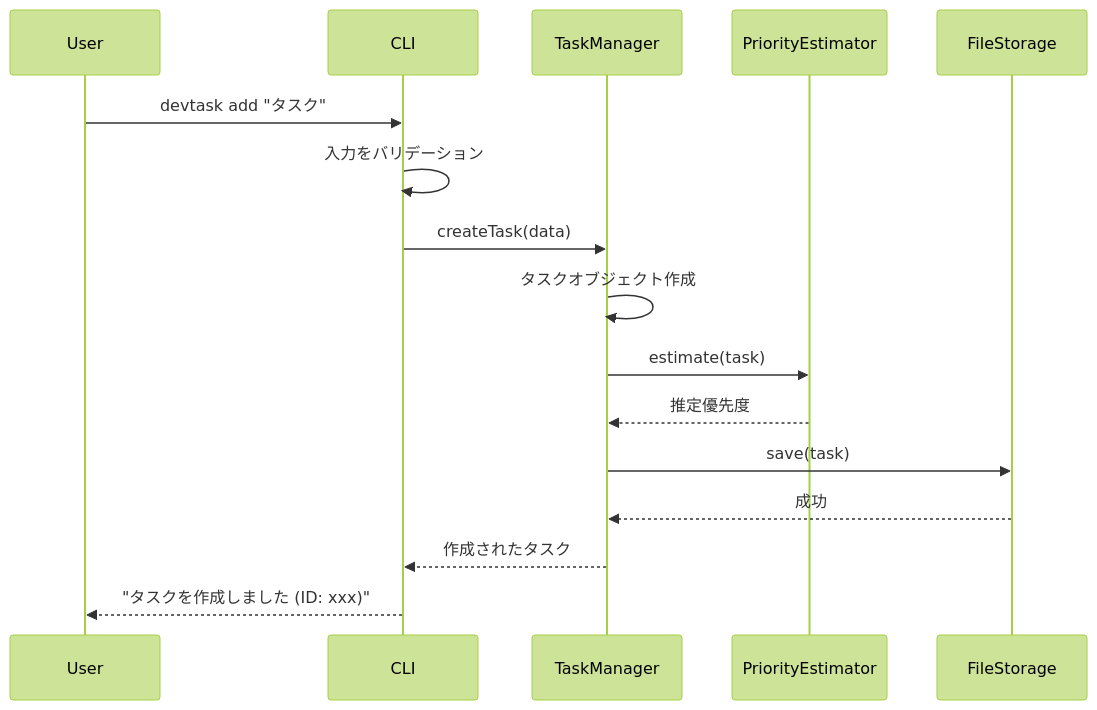
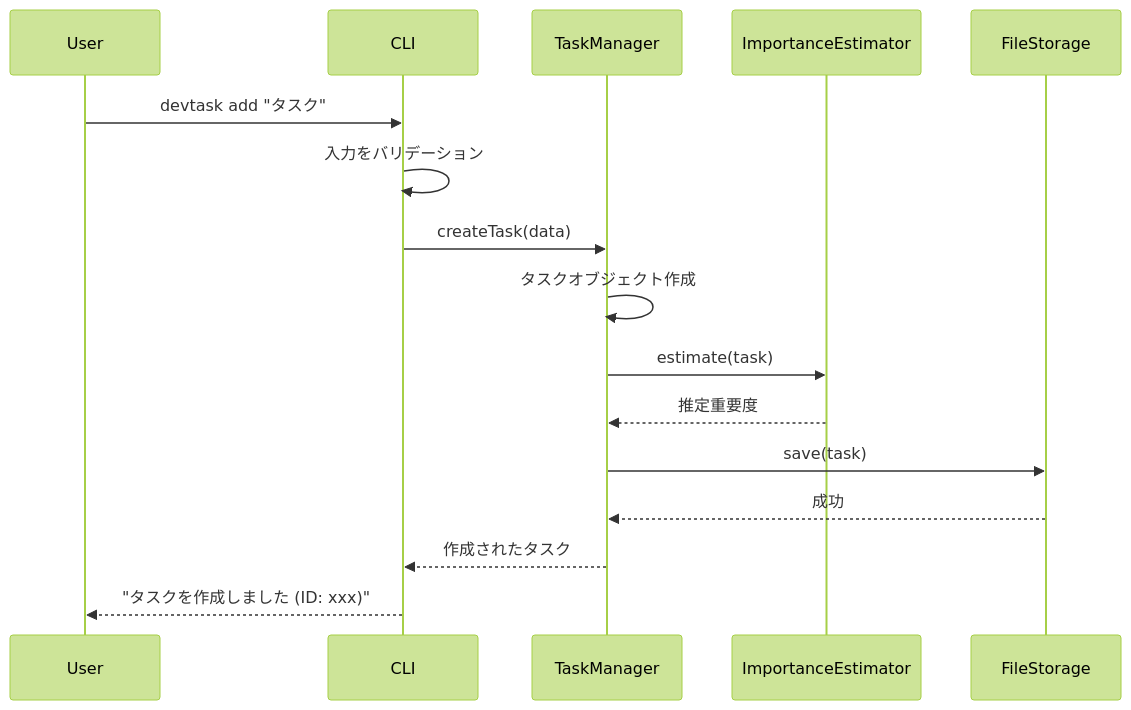
The fourth of 4 diagrams in .claude/skills/functional-design/guide.md (kanan4gh/platform-harness), drawn with Mermaid (forest theme) before and after one commit. The commit also changed other lines of this file and 11 other files, not shown here.

````diff
--- a/.claude/skills/functional-design/guide.md
+++ b/.claude/skills/functional-design/guide.md
@@ -354,19 +354,19 @@
 ```mermaid
 sequenceDiagram
     participant User
     participant CLI
     participant TaskManager
-    participant PriorityEstimator
+    participant ImportanceEstimator
     participant FileStorage
 
     User->>CLI: devtask add "タスク"
     CLI->>CLI: 入力をバリデーション
     CLI->>TaskManager: createTask(data)
     TaskManager->>TaskManager: タスクオブジェクト作成
-    TaskManager->>PriorityEstimator: estimate(task)
-    PriorityEstimator-->>TaskManager: 推定優先度
+    TaskManager->>ImportanceEstimator: estimate(task)
+    ImportanceEstimator-->>TaskManager: 推定重要度
     TaskManager->>FileStorage: save(task)
     FileStorage-->>TaskManager: 成功
     TaskManager-->>CLI: 作成されたタスク
     CLI-->>User: "タスクを作成しました (ID: xxx)"
 ```
````
